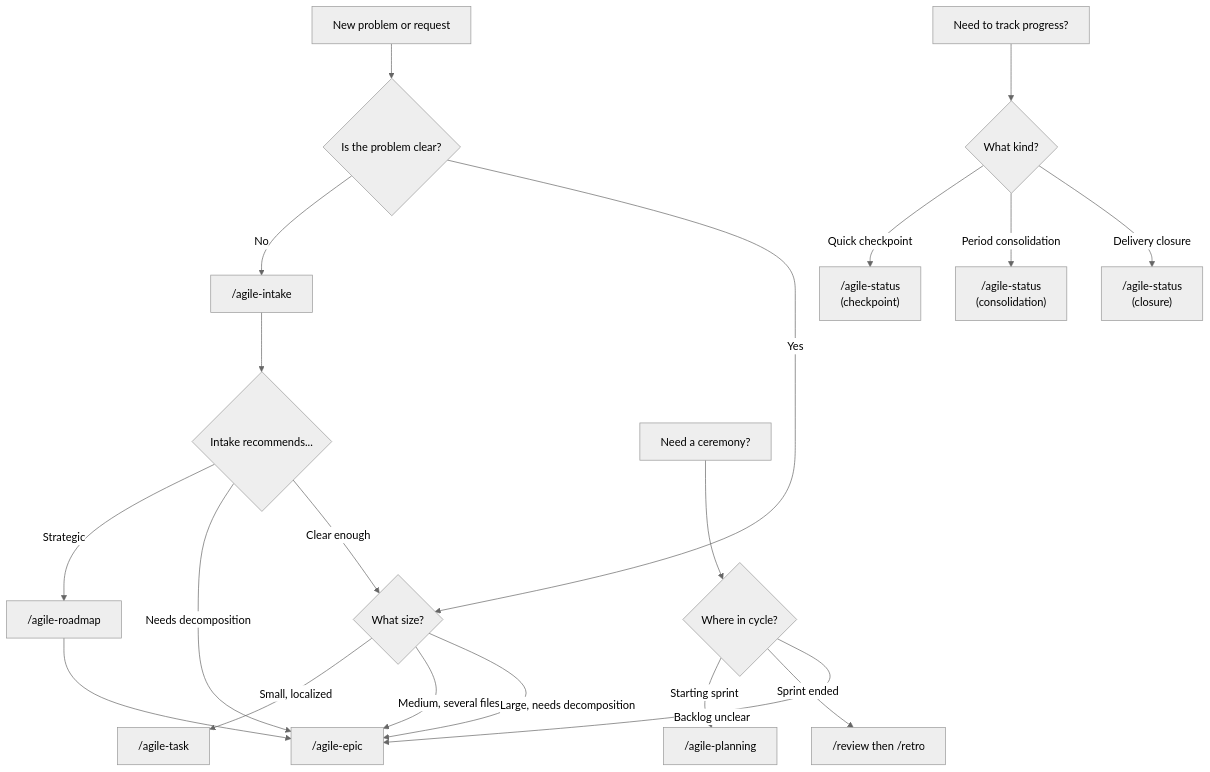
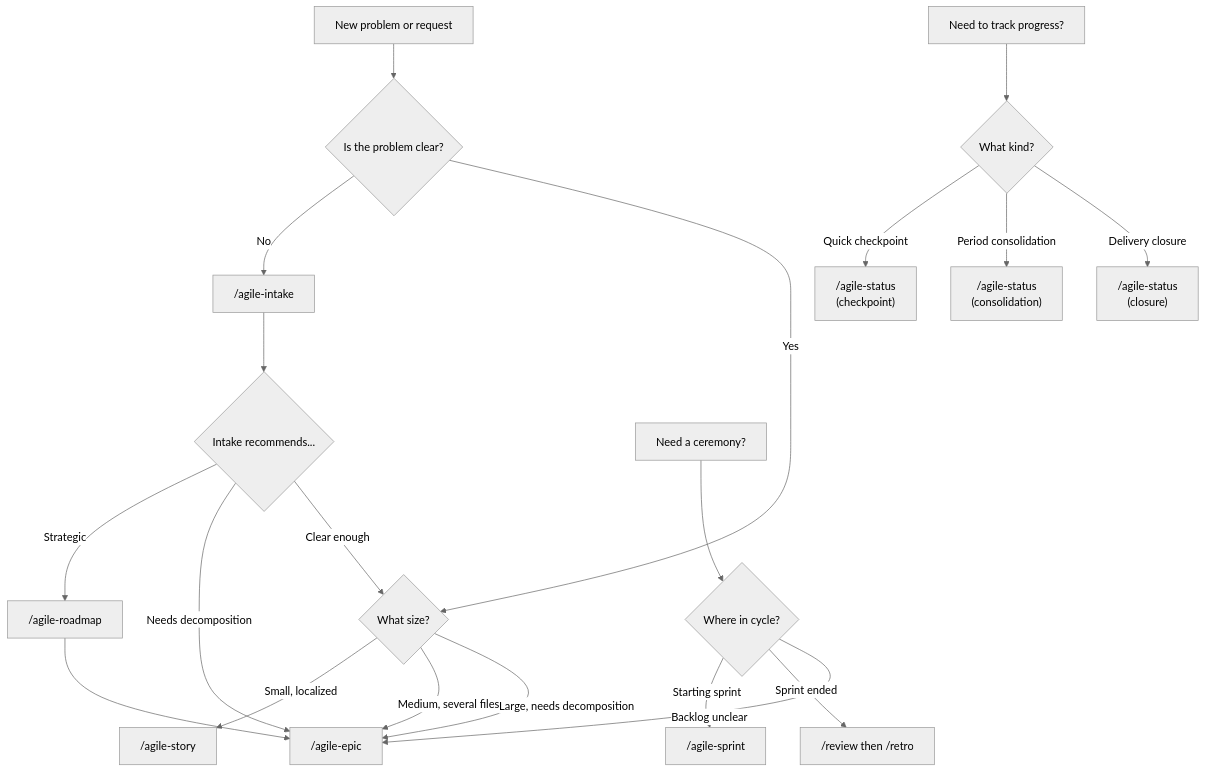
One commit to djalmajr/essential-skills changed the diagram in docs/agile/guides/getting-started.md. Above: the diagram before and after it, drawn with Mermaid (neutral theme). The commit also changed other lines of this file and 33 other files, not shown here.

First line of the commit message:
refactor(skills): rename agile-planning→agile-sprint, agile-task→agile-story

````diff
--- a/docs/agile/guides/getting-started.md
+++ b/docs/agile/guides/getting-started.md
@@ -13,24 +13,24 @@
 ```mermaid
 flowchart TD
     A[New problem or request] --> B{Is the problem clear?}
     B -- No --> C["/agile-intake"]
     B -- Yes --> D{What size?}
-    D -- "Small, localized" --> E["/agile-task"]
+    D -- "Small, localized" --> E["/agile-story"]
     D -- "Medium, several files" --> F["/agile-epic"]
     D -- "Large, needs decomposition" --> F
     C --> H{Intake recommends...}
     H -- Strategic --> I["/agile-roadmap"]
     I --> F
     H -- Needs decomposition --> F
     H -- Clear enough --> D
 
     L[Need to track progress?] --> M{What kind?}
     M -- Quick checkpoint --> N["/agile-status<br>(checkpoint)"]
     M -- Period consolidation --> O["/agile-status<br>(consolidation)"]
     M -- Delivery closure --> P["/agile-status<br>(closure)"]
 
     Q[Need a ceremony?] --> R{Where in cycle?}
-    R -- Starting sprint --> S["/agile-planning"]
+    R -- Starting sprint --> S["/agile-sprint"]
     R -- Sprint ended --> T["/review then /retro"]
     R -- Backlog unclear --> F
 ```
````
